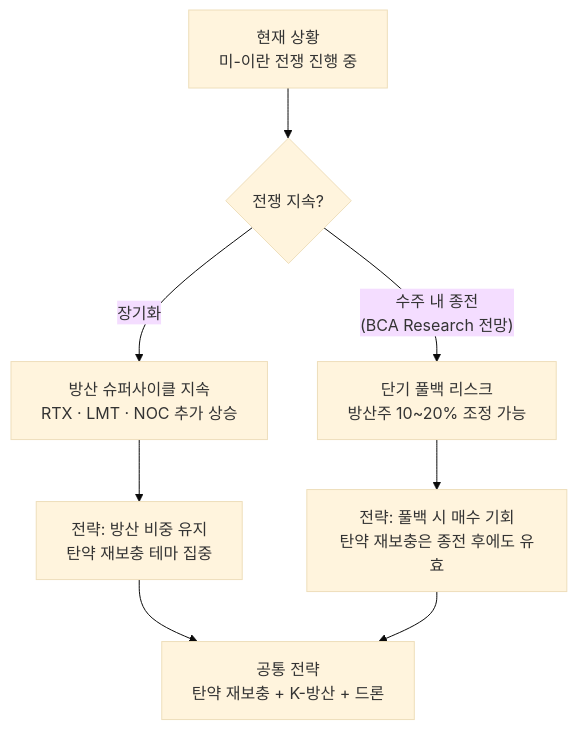
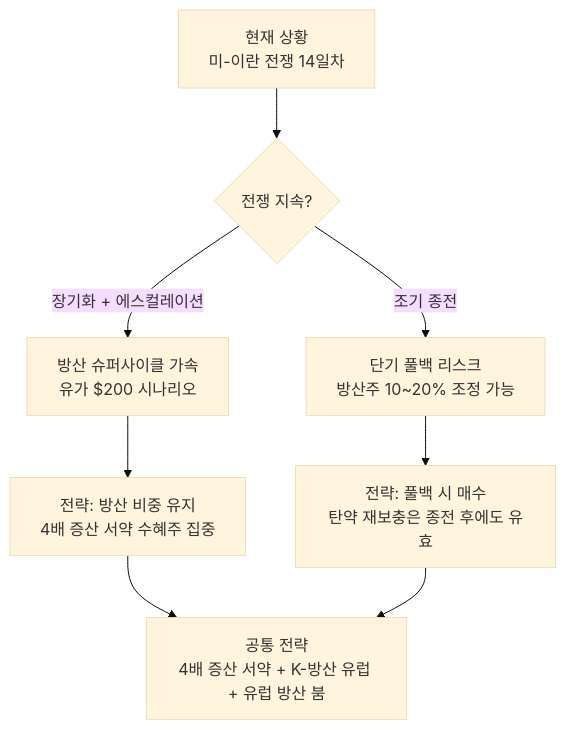
One commit to dss99911/dss99911.github.io changed the seventh of 7 diagrams in _posts/knowledge/invest/2026-03-07-defense-space-sector-outlook-2026.md. Above: the diagram before and after it, drawn with Mermaid (base theme). The commit also changed other lines of this file and 2 other files, not shown here.

````diff
--- a/_posts/knowledge/invest/2026-03-07-defense-space-sector-outlook-2026.md
+++ b/_posts/knowledge/invest/2026-03-07-defense-space-sector-outlook-2026.md
@@ -324,13 +327,13 @@
 ```mermaid
 graph TD
-    A["현재 상황<br/>미-이란 전쟁 진행 중"] --> B{"전쟁 지속?"}
+    A["현재 상황<br/>미-이란 전쟁 14일차"] --> B{"전쟁 지속?"}
 
-    B -->|"장기화"| C["방산 슈퍼사이클 지속<br/>RTX · LMT · NOC 추가 상승"]
-    B -->|"수주 내 종전<br/>(BCA Research 전망)"| D["단기 풀백 리스크<br/>방산주 10~20% 조정 가능"]
+    B -->|"장기화 + 에스컬레이션"| C["방산 슈퍼사이클 가속<br/>유가 $200 시나리오"]
+    B -->|"조기 종전"| D["단기 풀백 리스크<br/>방산주 10~20% 조정 가능"]
 
-    C --> E["전략&colon; 방산 비중 유지<br/>탄약 재보충 테마 집중"]
-    D --> F["전략&colon; 풀백 시 매수 기회<br/>탄약 재보충은 종전 후에도 유효"]
+    C --> E["전략&colon; 방산 비중 유지<br/>4배 증산 서약 수혜주 집중"]
+    D --> F["전략&colon; 풀백 시 매수<br/>탄약 재보충은 종전 후에도 유효"]
 
-    E --> G["공통 전략<br/>탄약 재보충 + K-방산 + 드론"]
+    E --> G["공통 전략<br/>4배 증산 서약 + K-방산 유럽 + 유럽 방산 붐"]
     F --> G
 ```
````
